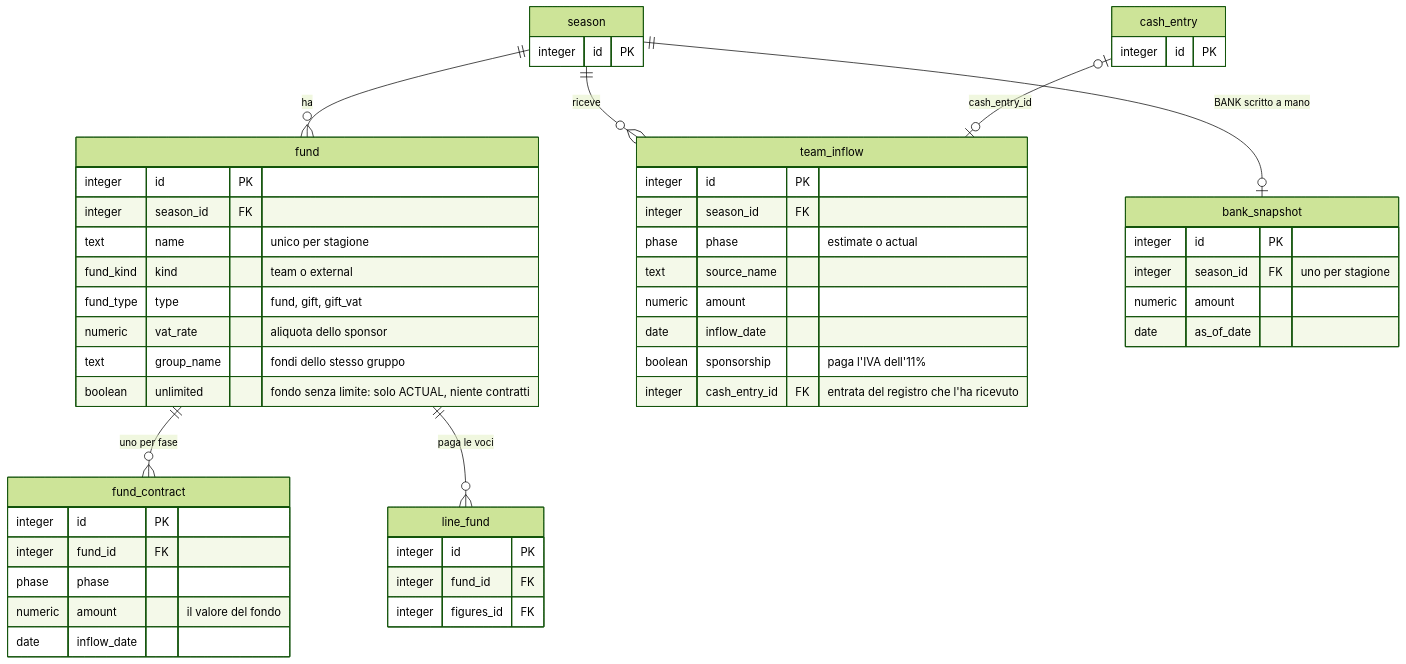
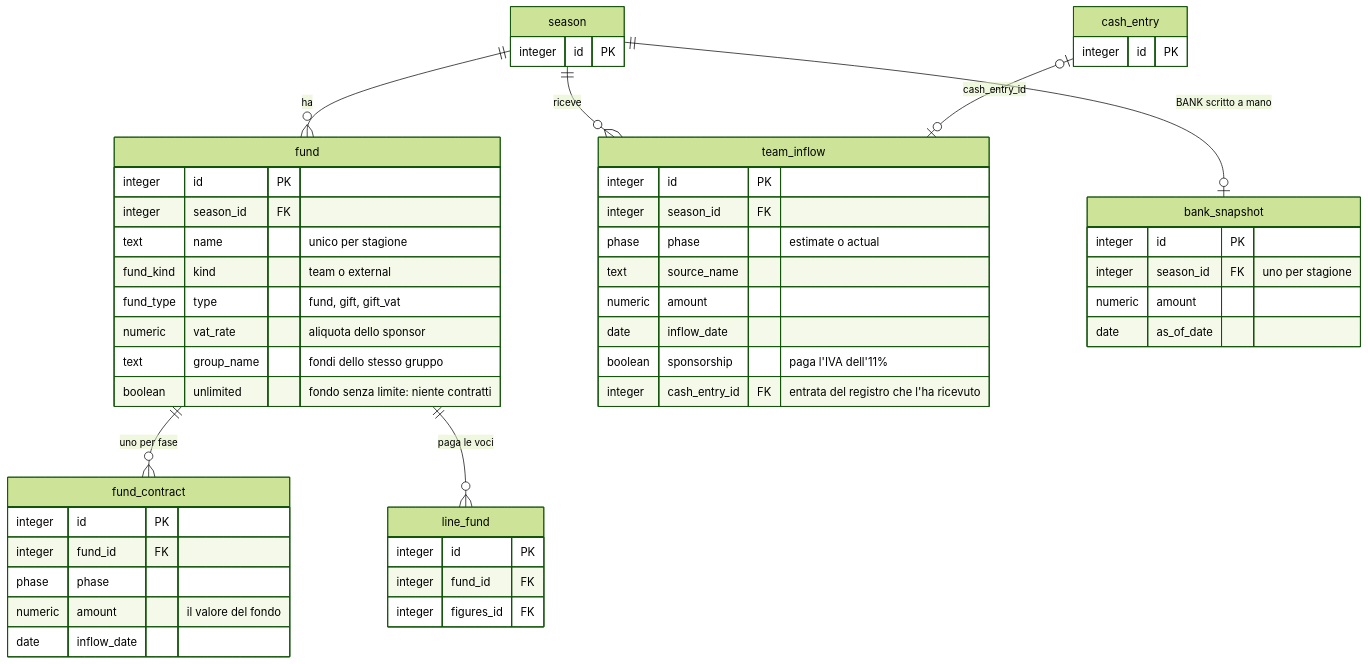
One commit to KevinRomanello/Simple-configurable-ERP changed the third of 7 diagrams in docs/schema-database.md. Above: the diagram before and after it, drawn with Mermaid (forest theme). The commit also changed other lines of this file and 146 other files, not shown here.

````diff
--- a/docs/schema-database.md
+++ b/docs/schema-database.md
@@ -133,54 +135,54 @@
 ```mermaid
 erDiagram
   season {
     integer id PK
   }
   fund {
     integer id PK
     integer season_id FK
     text name "unico per stagione"
     fund_kind kind "team o external"
     fund_type type "fund, gift, gift_vat"
     numeric vat_rate "aliquota dello sponsor"
     text group_name "fondi dello stesso gruppo"
-    boolean unlimited "fondo senza limite: solo ACTUAL, niente contratti"
+    boolean unlimited "fondo senza limite: niente contratti"
   }
   fund_contract {
     integer id PK
     integer fund_id FK
     phase phase
     numeric amount "il valore del fondo"
     date inflow_date
   }
   line_fund {
     integer id PK
     integer fund_id FK
     integer figures_id FK
   }
   team_inflow {
     integer id PK
     integer season_id FK
     phase phase "estimate o actual"
     text source_name
     numeric amount
     date inflow_date
     boolean sponsorship "paga l'IVA dell'11%"
     integer cash_entry_id FK "entrata del registro che l'ha ricevuto"
   }
   bank_snapshot {
     integer id PK
     integer season_id FK "uno per stagione"
     numeric amount
     date as_of_date
   }
   cash_entry {
     integer id PK
   }
 
   season ||--o{ fund : "ha"
   fund ||--o{ fund_contract : "uno per fase"
   fund ||--o{ line_fund : "paga le voci"
   season ||--o{ team_inflow : "riceve"
   season ||--o| bank_snapshot : "BANK scritto a mano"
   cash_entry |o--o| team_inflow : "cash_entry_id"
 ```
````
